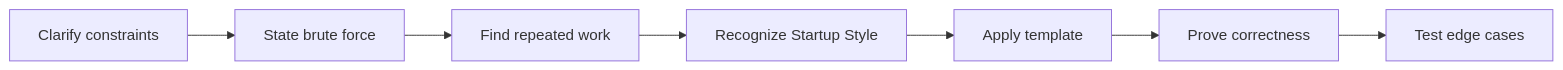
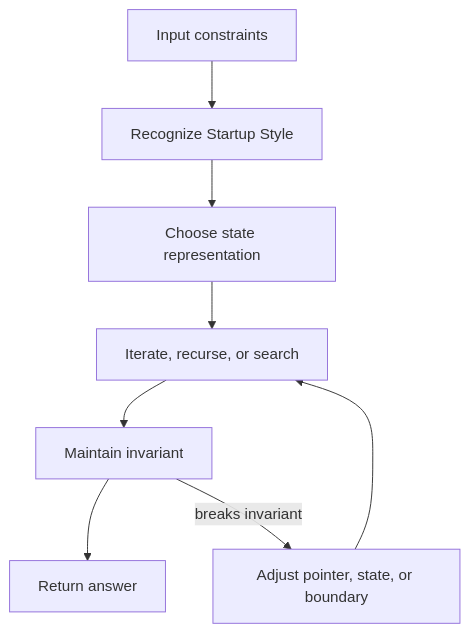
Before and after one commit to abstractinterviews/abstractinterviews.github.io: the second of 2 diagrams in coding-round/company-tracks/startup-style/index.md, drawn with Mermaid. The commit also changed other lines of this file and 278 other files, not shown here.

````diff
--- a/coding-round/company-tracks/startup-style/index.md
+++ b/coding-round/company-tracks/startup-style/index.md
@@ -123,9 +121,10 @@
-~~~mermaid
-flowchart LR
-    A["Clarify constraints"] --> B["State brute force"]
-    B --> C["Find repeated work"]
-    C --> D["Recognize Startup Style"]
-    D --> E["Apply template"]
-    E --> F["Prove correctness"]
-    F --> G["Test edge cases"]
-~~~
+```mermaid
+flowchart TD
+    Input["Input constraints"] --> Pattern["Recognize Startup Style"]
+    Pattern --> State["Choose state representation"]
+    State --> Iterate["Iterate, recurse, or search"]
+    Iterate --> Check["Maintain invariant"]
+    Check --> Result["Return answer"]
+    Check -->|breaks invariant| Fix["Adjust pointer, state, or boundary"]
+    Fix --> Iterate
+```
````
